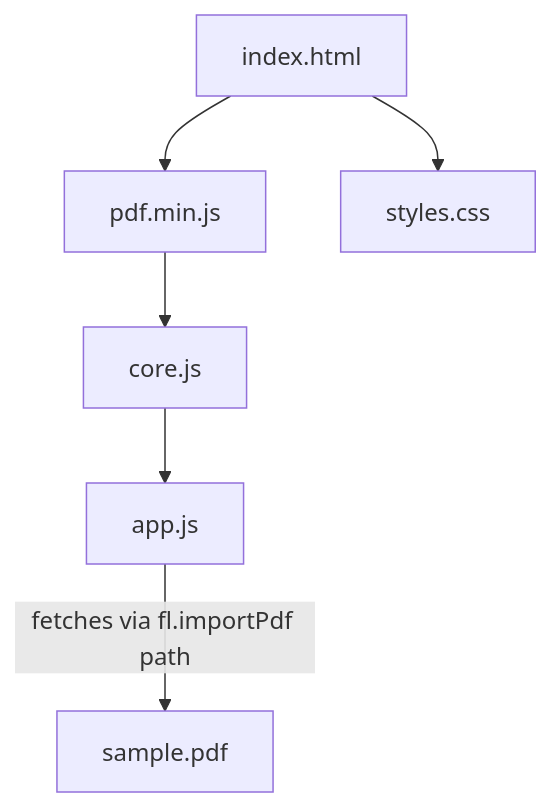
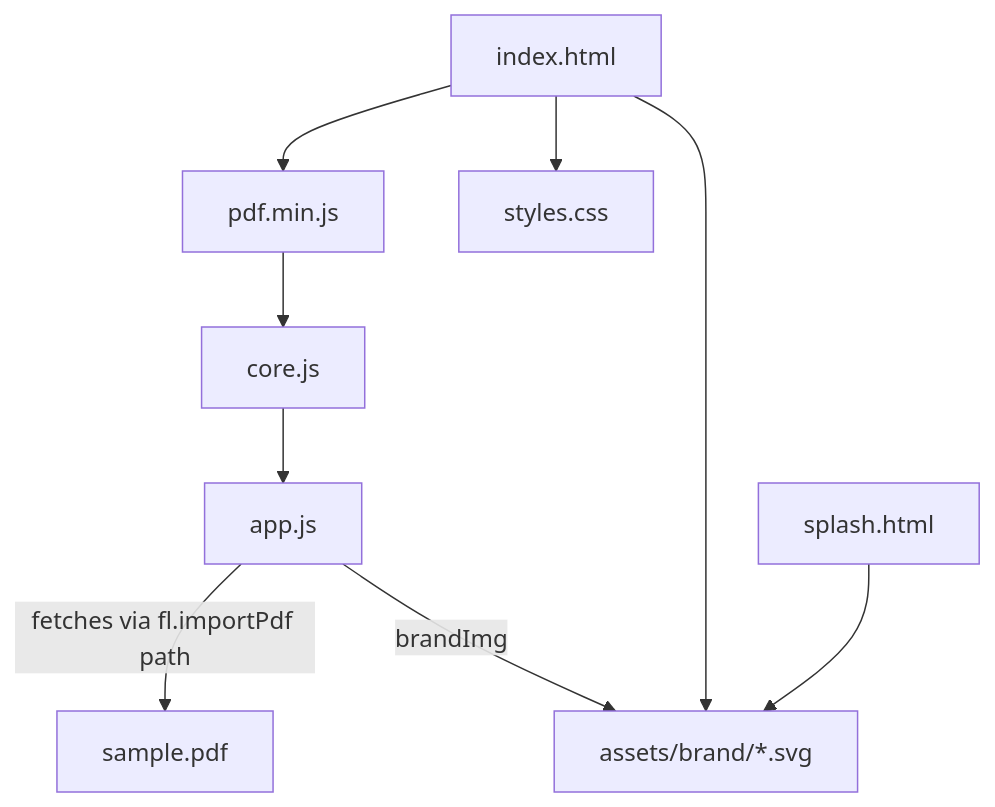
One commit to Lefarious/Faelights changed the diagram in docs/atlas/modules/renderer-ui.md. Above: the diagram before and after it, drawn with Mermaid. The commit also changed other lines of this file and 7 other files, not shown here.

````diff
--- a/docs/atlas/modules/renderer-ui.md
+++ b/docs/atlas/modules/renderer-ui.md
@@ -15,6 +15,9 @@
 ```mermaid
 graph TD
   html[index.html] --> pdfjs[pdf.min.js] --> core[core.js] --> app[app.js]
   html --> css[styles.css]
   app -->|fetches via fl.importPdf path| sample[sample.pdf]
+  app -->|brandImg| brand[assets/brand/*.svg]
+  html --> brand
+  splash[splash.html] --> brand
 ```
````
